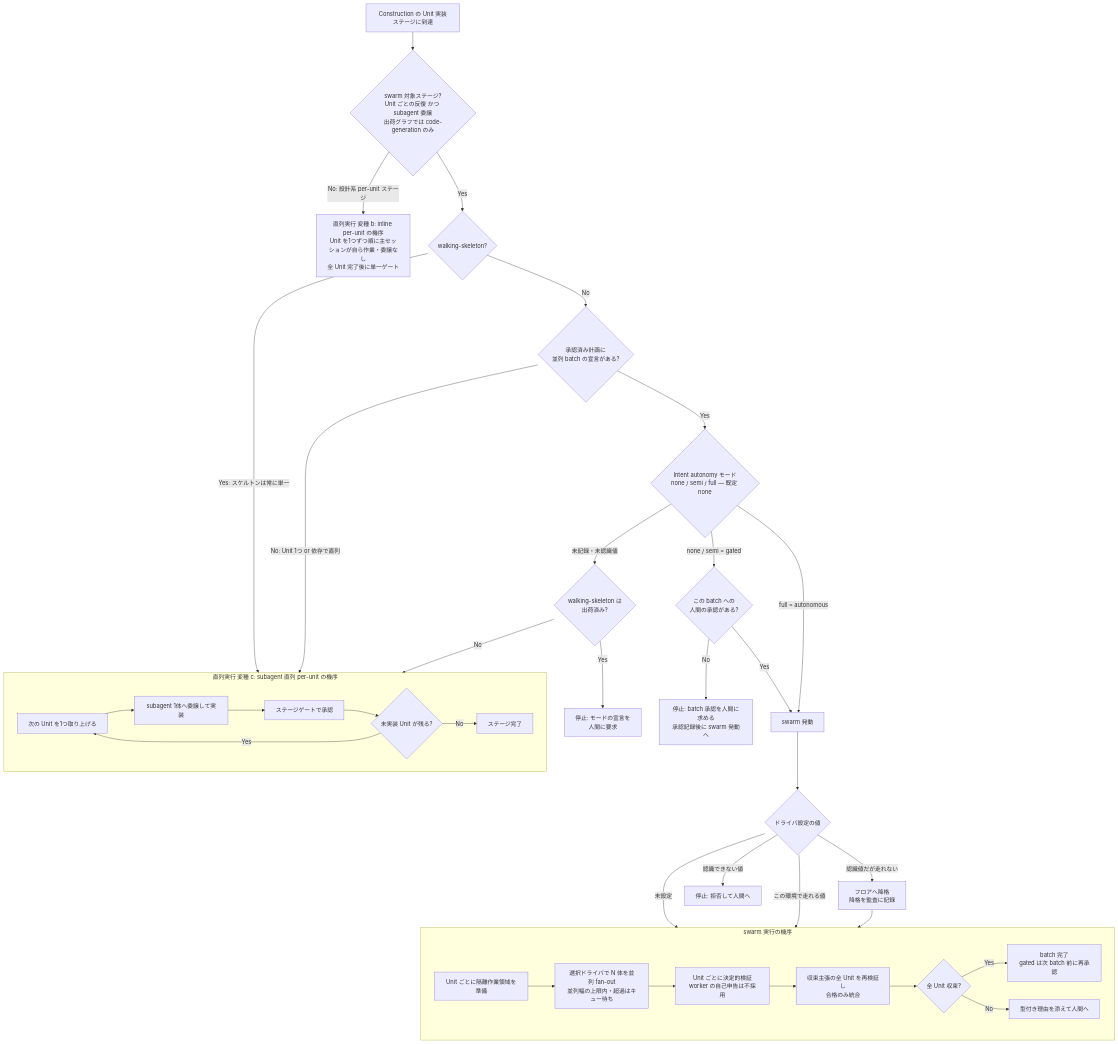
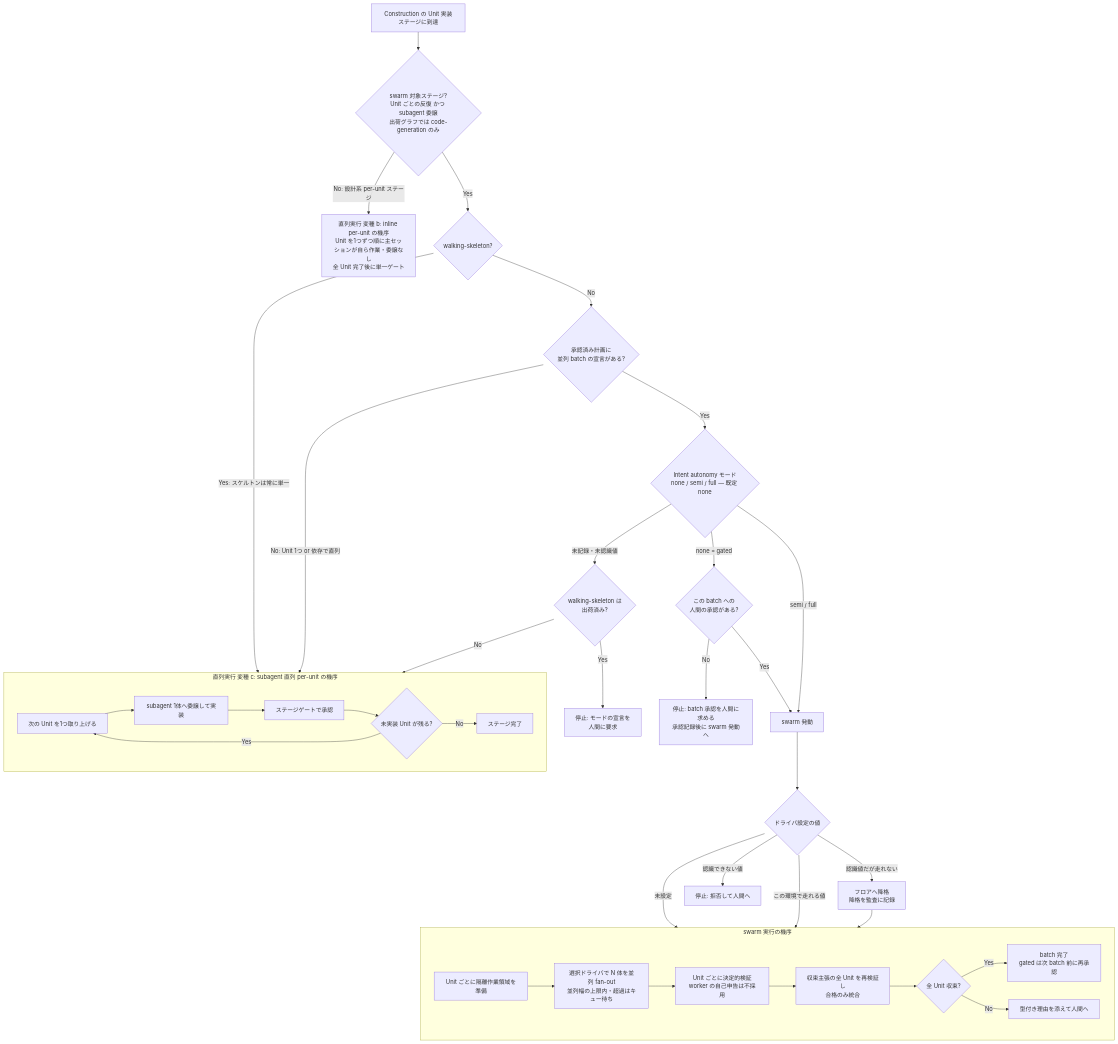
The diagram in amadeus/spaces/default/specs/rfc/0002-unit-execution-model.md (amadeus-dlc/amadeus), drawn with Mermaid before and after one commit. The commit also changed other lines of this file and 1 other file, not shown here.

Commit message:
docs(rfc): record semi batch-gate semantics per canonical RFC 0001; implementation gated-projection noted as documented drift

````diff
--- a/amadeus/spaces/default/specs/rfc/0002-unit-execution-model.md
+++ b/amadeus/spaces/default/specs/rfc/0002-unit-execution-model.md
@@ -148,35 +150,35 @@
 ```mermaid
 flowchart TD
     A[Construction の Unit 実装ステージに到達] --> B{swarm 対象ステージ?<br/>Unit ごとの反復 かつ subagent 委譲<br/>出荷グラフでは code-generation のみ}
     B -- No: 設計系 per-unit ステージ --> SERB[直列実行 変種 b: inline per-unit の機序<br/>Unit を1つずつ順に主セッションが自ら作業・委譲なし<br/>全 Unit 完了後に単一ゲート]
     B -- Yes --> C{walking-skeleton?}
     C -- Yes: スケルトンは常に単一 --> SER
     C -- No --> D{承認済み計画に<br/>並列 batch の宣言がある?}
     D -- No: Unit 1つ or 依存で直列 --> SER
     D -- Yes --> E{Intent autonomy モード<br/>none / semi / full — 既定 none}
     E -- 未記録・未認識値 --> E2{walking-skeleton は<br/>出荷済み?}
     E2 -- No --> SER
     E2 -- Yes --> HALT1[停止: モードの宣言を<br/>人間に要求]
-    E -- none / semi = gated --> F{この batch への<br/>人間の承認がある?}
+    E -- none = gated --> F{この batch への<br/>人間の承認がある?}
     F -- No --> HALT2[停止: batch 承認を人間に求める<br/>承認記録後に swarm 発動へ]
     F -- Yes --> G[swarm 発動]
-    E -- full = autonomous --> G
+    E -- semi / full --> G
     G --> H{ドライバ設定の値}
     H -- 未設定 --> SWM
     H -- この環境で走れる値 --> SWM
     H -- 認識値だが走れない --> DEG[フロアへ降格<br/>降格を監査に記録] --> SWM
     H -- 認識できない値 --> HALT3[停止: 拒否して人間へ]
 
     subgraph SER[直列実行 変種 c: subagent 直列 per-unit の機序]
         S1[次の Unit を1つ取り上げる] --> S2[subagent 1体へ委譲して実装] --> S3[ステージゲートで承認] --> S4{未実装 Unit が残る?}
         S4 -- Yes --> S1
         S4 -- No --> S5[ステージ完了]
     end
 
     subgraph SWM[swarm 実行の機序]
         W1[Unit ごとに隔離作業領域を準備] --> W2[選択ドライバで N 体を並列 fan-out<br/>並列幅の上限内・超過はキュー待ち] --> W3[Unit ごとに決定的検証<br/>worker の自己申告は不採用] --> W4[収束主張の全 Unit を再検証し<br/>合格のみ統合]
         W4 --> W5{全 Unit 収束?}
         W5 -- Yes --> W6[batch 完了<br/>gated は次 batch 前に再承認]
         W5 -- No --> W7[型付き理由を添えて人間へ]
     end
 ```
````
